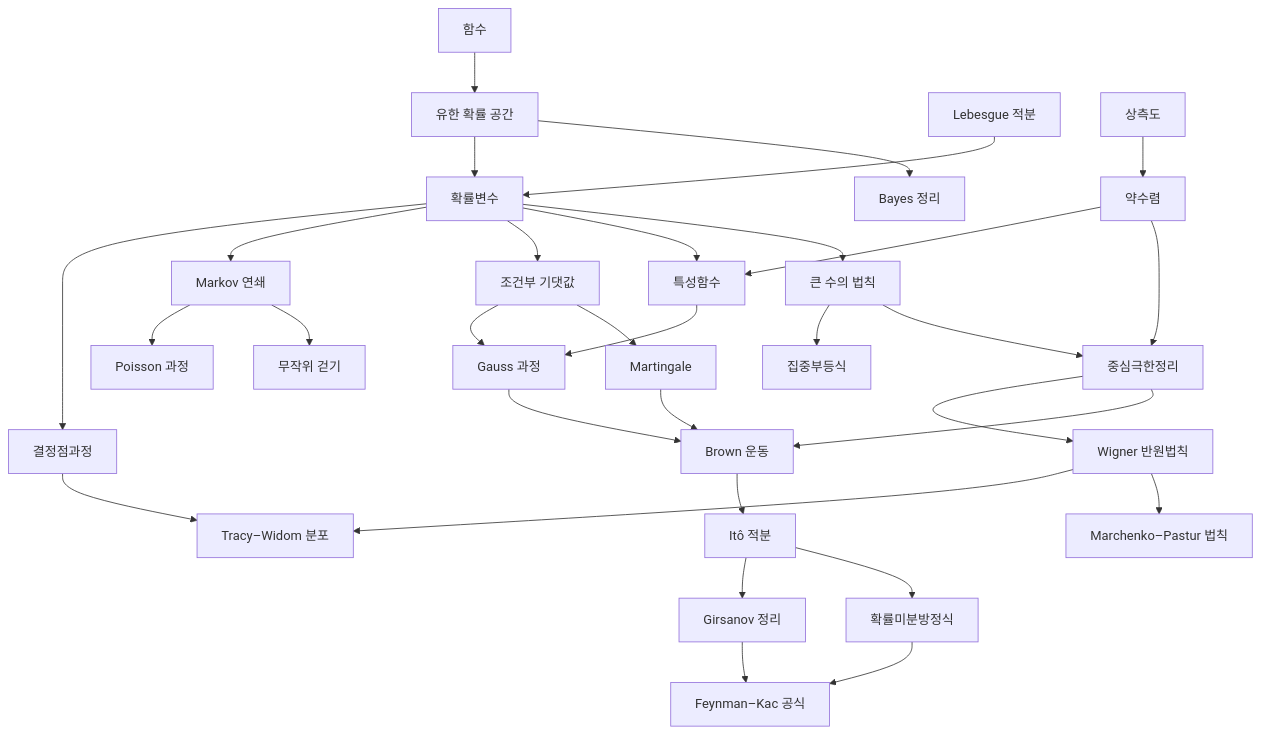
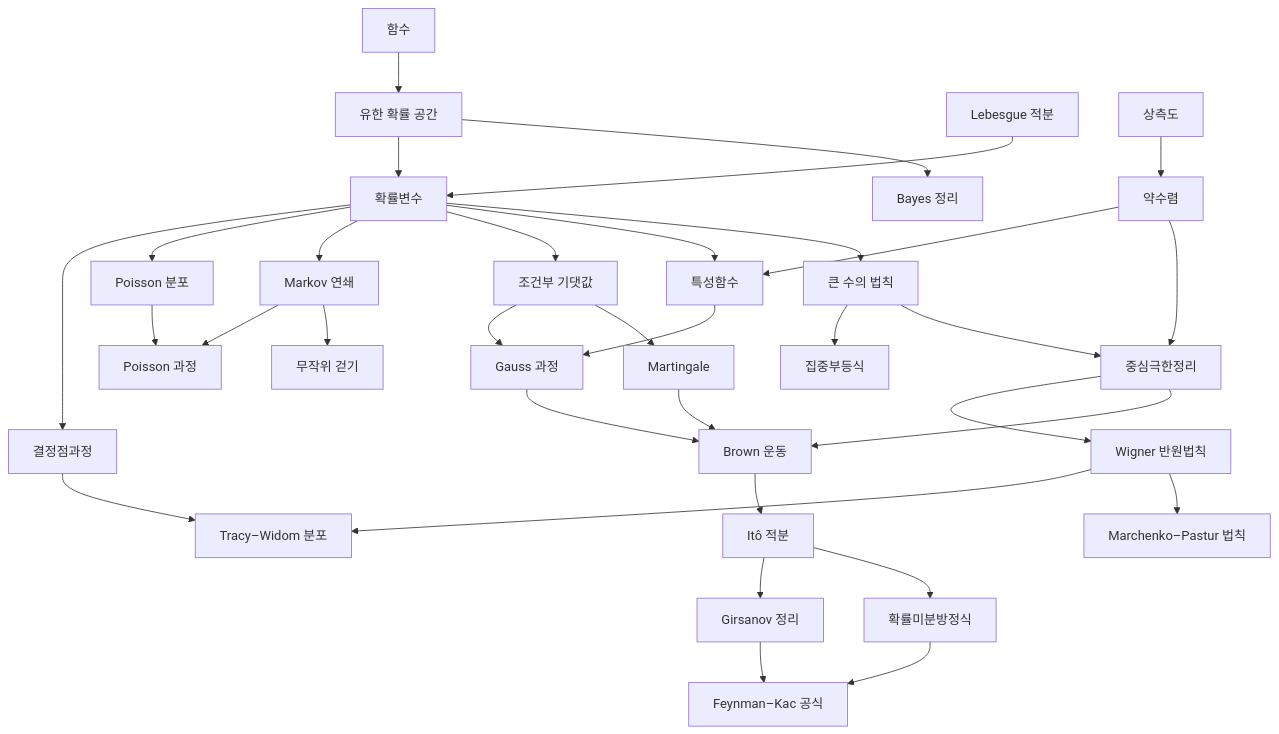
One commit to Phryxia/math-map changed the diagram in docs/probability-overview.md. Above: the diagram before and after it, drawn with Mermaid. The commit also changed other lines of this file and 13 other files, not shown here.

````diff
--- a/docs/probability-overview.md
+++ b/docs/probability-overview.md
@@ -11,34 +11,35 @@
 ```mermaid
 graph TD
   FN["함수"] --> PR["유한 확률 공간"]
   PR --> BY["Bayes 정리"]
   PR --> RV["확률변수"]
   LI["Lebesgue 적분"] --> RV
   PM["상측도"] --> WC["약수렴"]
   RV --> LLN["큰 수의 법칙"]
   LLN --> CLT["중심극한정리"]
   WC --> CLT
   WC --> CF["특성함수"]
   RV --> CF
   LLN --> CI["집중부등식"]
   RV --> CE["조건부 기댓값"]
   CE --> MG["Martingale"]
   RV --> MC["Markov 연쇄"]
   MC --> RW["무작위 걷기"]
   MC --> PP["Poisson 과정"]
+  RV --> PD["Poisson 분포"] --> PP
   MG --> BM["Brown 운동"]
   CLT --> BM
   BM --> IT["Itô 적분"]
   IT --> SDE["확률미분방정식"]
   IT --> GS["Girsanov 정리"]
   SDE --> FK["Feynman–Kac 공식"]
   GS --> FK
   CLT --> WS["Wigner 반원법칙"]
   WS --> MP["Marchenko–Pastur 법칙"]
   WS --> TW["Tracy–Widom 분포"]
   RV --> DPP["결정점과정"]
   DPP --> TW
   CF --> GP["Gauss 과정"]
   CE --> GP
   GP --> BM
 ```
````
